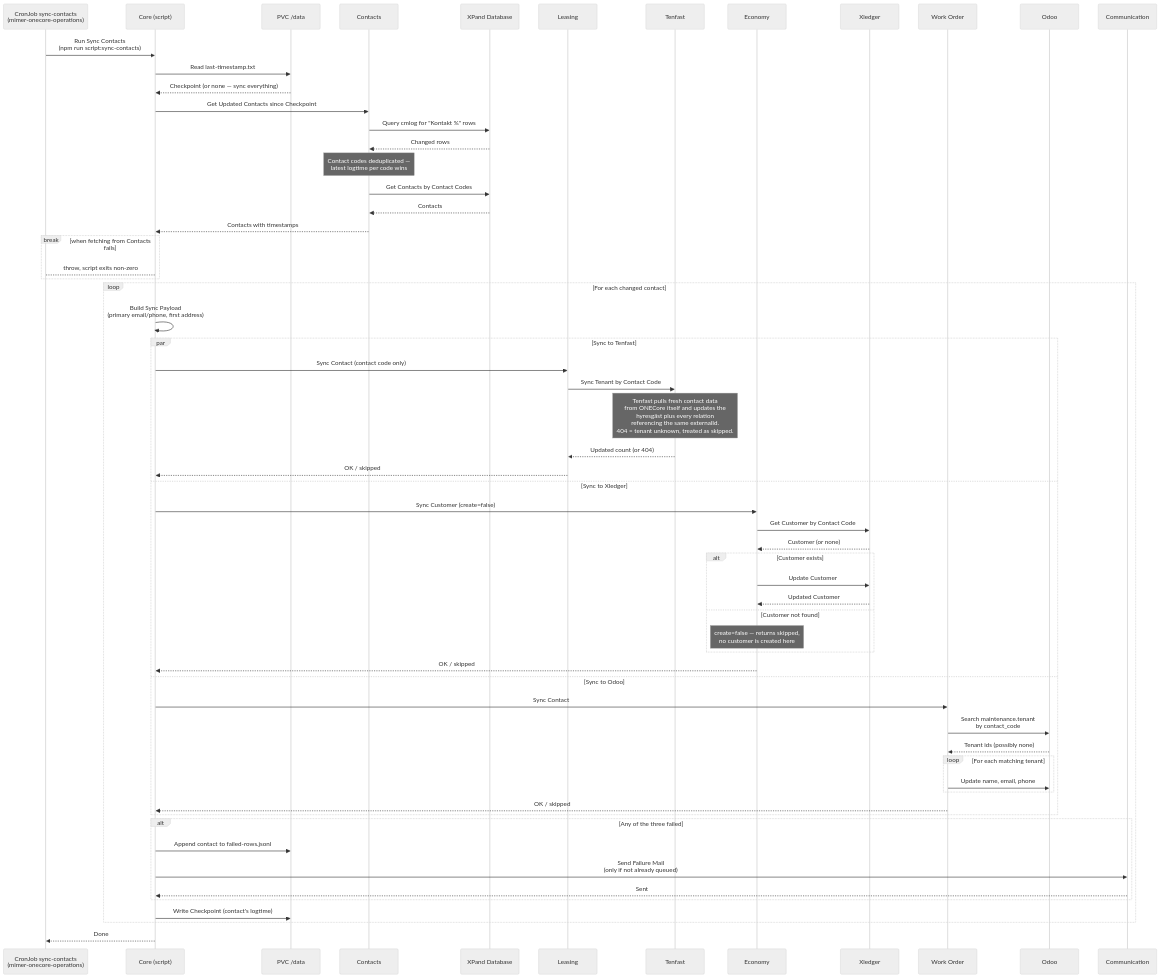
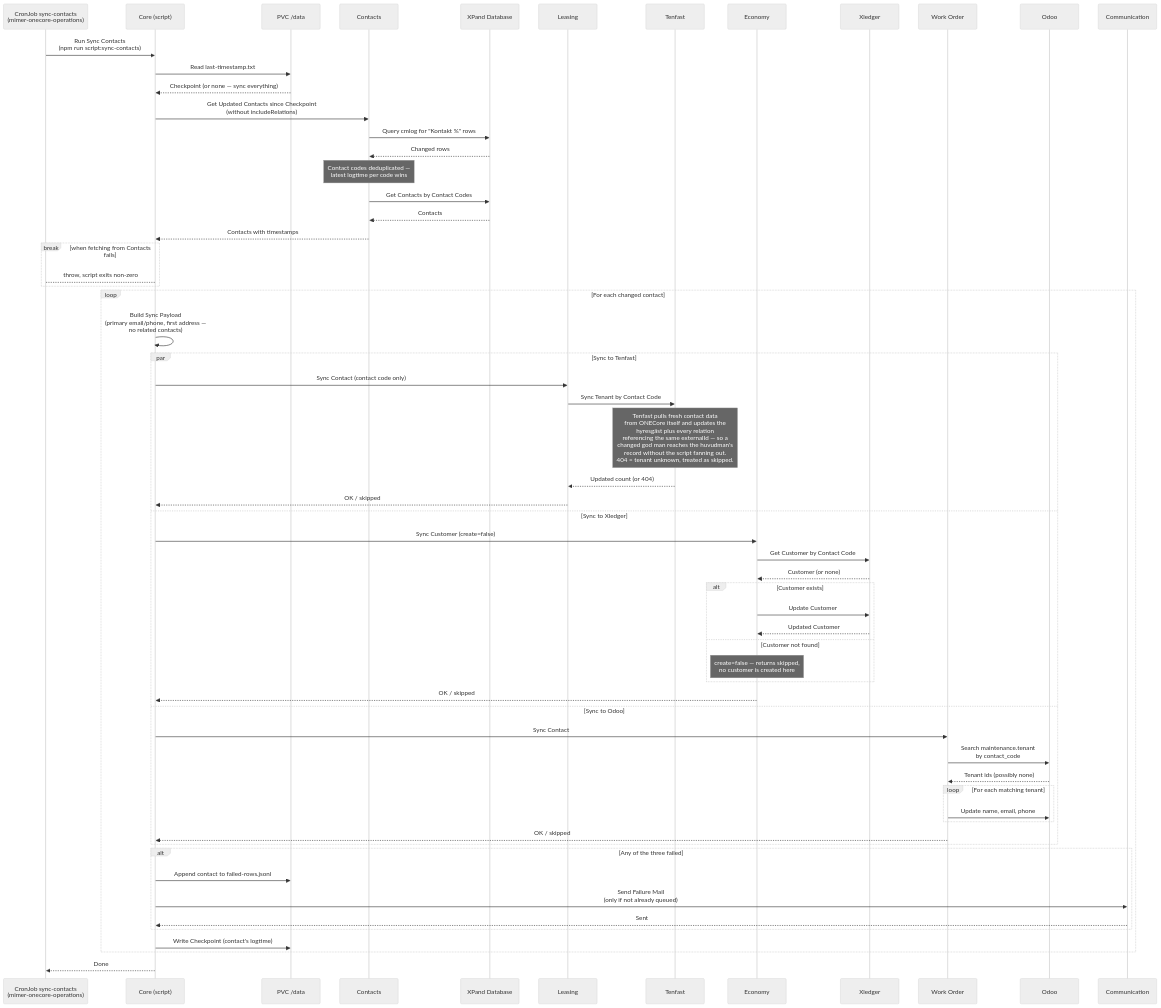
Before and after one commit to Bostads-AB-Mimer/onecore: the second of 2 diagrams in core/src/scripts/sync-contacts/DOCS_Sync_Contacts.md, drawn with Mermaid (neutral theme). The commit also changed other lines of this file and 2 other files, not shown here.

First line of the commit message:
Document related contacts in the sync scripts

````diff
--- a/core/src/scripts/sync-contacts/DOCS_Sync_Contacts.md
+++ b/core/src/scripts/sync-contacts/DOCS_Sync_Contacts.md
@@ -63,73 +75,73 @@
 ```mermaid
 sequenceDiagram
     participant CronJob as CronJob sync-contacts<br/>(mimer-onecore-operations)
     participant Core as Core (script)
     participant PVC as PVC /data
     participant Contacts as Contacts
     participant XPandDB as XPand Database
     participant Leasing as Leasing
     participant Tenfast as Tenfast
     participant Economy as Economy
     participant Xledger as Xledger
     participant WorkOrder as Work Order
     participant Odoo as Odoo
     participant Communication as Communication
 
     CronJob ->> Core: Run Sync Contacts<br/>(npm run script:sync-contacts)
 
     Core ->> PVC: Read last-timestamp.txt
     PVC -->> Core: Checkpoint (or none — sync everything)
 
-    Core ->> Contacts: Get Updated Contacts since Checkpoint
+    Core ->> Contacts: Get Updated Contacts since Checkpoint<br/>(without includeRelations)
     Contacts ->> XPandDB: Query cmlog for "Kontakt %" rows
     XPandDB -->> Contacts: Changed rows
     note over Contacts: Contact codes deduplicated —<br/>latest logtime per code wins
     Contacts ->> XPandDB: Get Contacts by Contact Codes
     XPandDB -->> Contacts: Contacts
     Contacts -->> Core: Contacts with timestamps
 
     break when fetching from Contacts fails
         Core-->CronJob: throw, script exits non-zero
     end
 
     loop For each changed contact
-        Core ->> Core: Build Sync Payload<br/>(primary email/phone, first address)
+        Core ->> Core: Build Sync Payload<br/>(primary email/phone, first address —<br/>no related contacts)
 
         par Sync to Tenfast
             Core ->> Leasing: Sync Contact (contact code only)
             Leasing ->> Tenfast: Sync Tenant by Contact Code
-            note over Tenfast: Tenfast pulls fresh contact data<br/>from ONECore itself and updates the<br/>hyresgäst plus every relation<br/>referencing the same externalId.<br/>404 = tenant unknown, treated as skipped.
+            note over Tenfast: Tenfast pulls fresh contact data<br/>from ONECore itself and updates the<br/>hyresgäst plus every relation<br/>referencing the same externalId — so a<br/>changed god man reaches the huvudman's<br/>record without the script fanning out.<br/>404 = tenant unknown, treated as skipped.
             Tenfast -->> Leasing: Updated count (or 404)
             Leasing -->> Core: OK / skipped
         and Sync to Xledger
             Core ->> Economy: Sync Customer (create=false)
             Economy ->> Xledger: Get Customer by Contact Code
             Xledger -->> Economy: Customer (or none)
             alt Customer exists
                 Economy ->> Xledger: Update Customer
                 Xledger -->> Economy: Updated Customer
             else Customer not found
                 note over Economy: create=false — returns skipped,<br/>no customer is created here
             end
             Economy -->> Core: OK / skipped
         and Sync to Odoo
             Core ->> WorkOrder: Sync Contact
             WorkOrder ->> Odoo: Search maintenance.tenant<br/>by contact_code
             Odoo -->> WorkOrder: Tenant ids (possibly none)
             loop For each matching tenant
                 WorkOrder ->> Odoo: Update name, email, phone
             end
             WorkOrder -->> Core: OK / skipped
         end
 
         alt Any of the three failed
             Core ->> PVC: Append contact to failed-rows.jsonl
             Core ->> Communication: Send Failure Mail<br/>(only if not already queued)
             Communication -->> Core: Sent
         end
 
         Core ->> PVC: Write Checkpoint (contact's logtime)
     end
 
     Core -->> CronJob: Done
 ```
````
